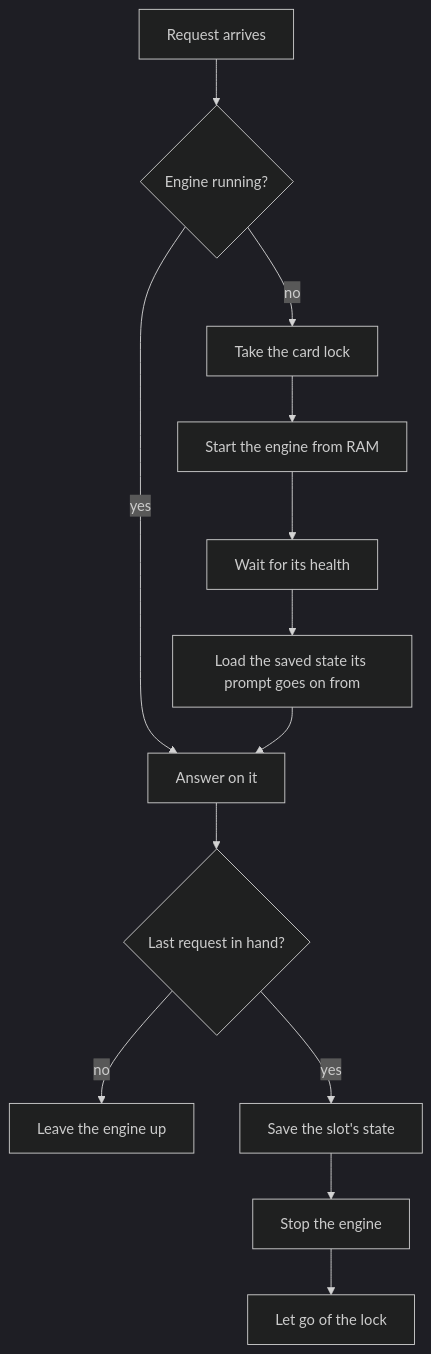
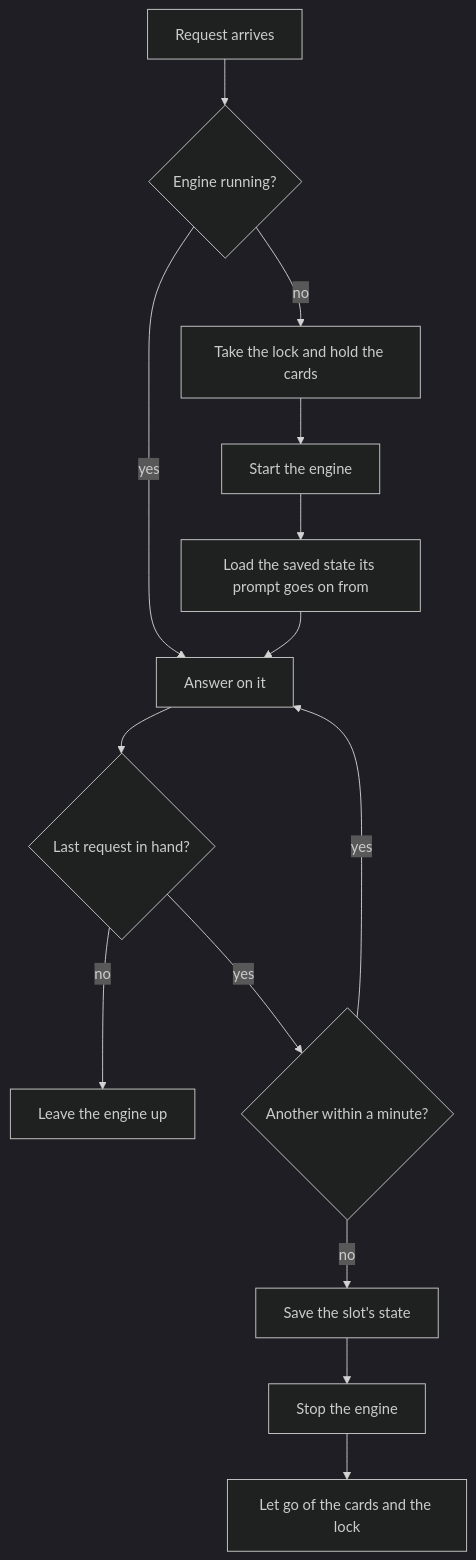
Before and after one commit to ahas/bmo-gate: the third of 3 diagrams in docs/n5-llm.md, drawn with Mermaid (dark theme). The commit also changed other lines of this file and 20 other files, not shown here.

````diff
--- a/docs/n5-llm.md
+++ b/docs/n5-llm.md
@@ -157,15 +199,16 @@
 ```mermaid
 flowchart TD
   A[Request arrives] --> B{Engine running?}
   B -- yes --> F[Answer on it]
-  B -- no --> C[Take the card lock]
-  C --> D[Start the engine from RAM]
-  D --> E[Wait for its health]
-  E --> R[Load the saved state its prompt goes on from]
+  B -- no --> C[Take the lock and hold the cards]
+  C --> D[Start the engine]
+  D --> R[Load the saved state its prompt goes on from]
   R --> F
   F --> G{Last request in hand?}
   G -- no --> H[Leave the engine up]
-  G -- yes --> S[Save the slot's state]
+  G -- yes --> W{Another within a minute?}
+  W -- yes --> F
+  W -- no --> S[Save the slot's state]
   S --> I[Stop the engine]
-  I --> J[Let go of the lock]
+  I --> J[Let go of the cards and the lock]
 ```
````
